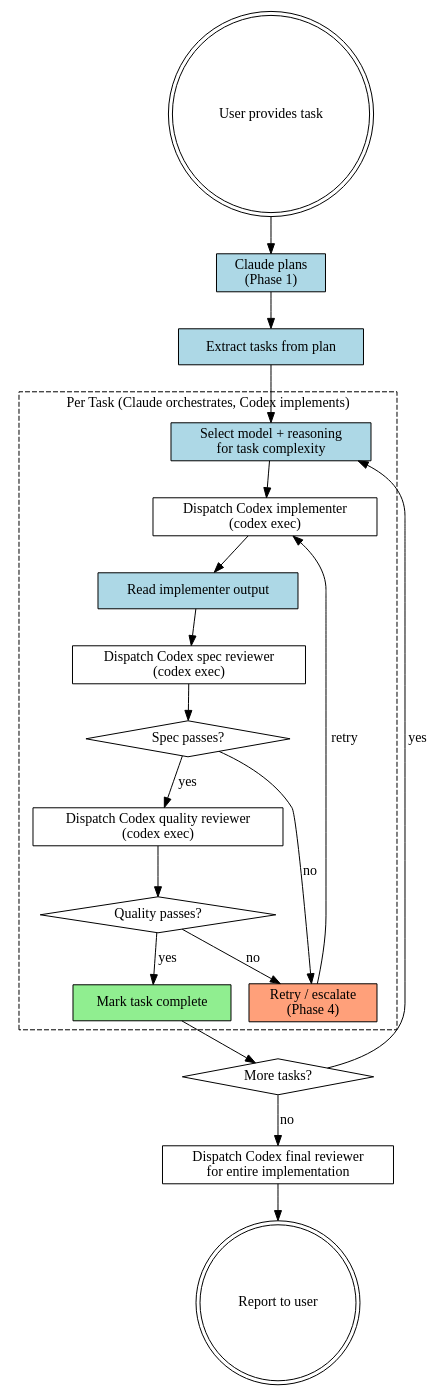
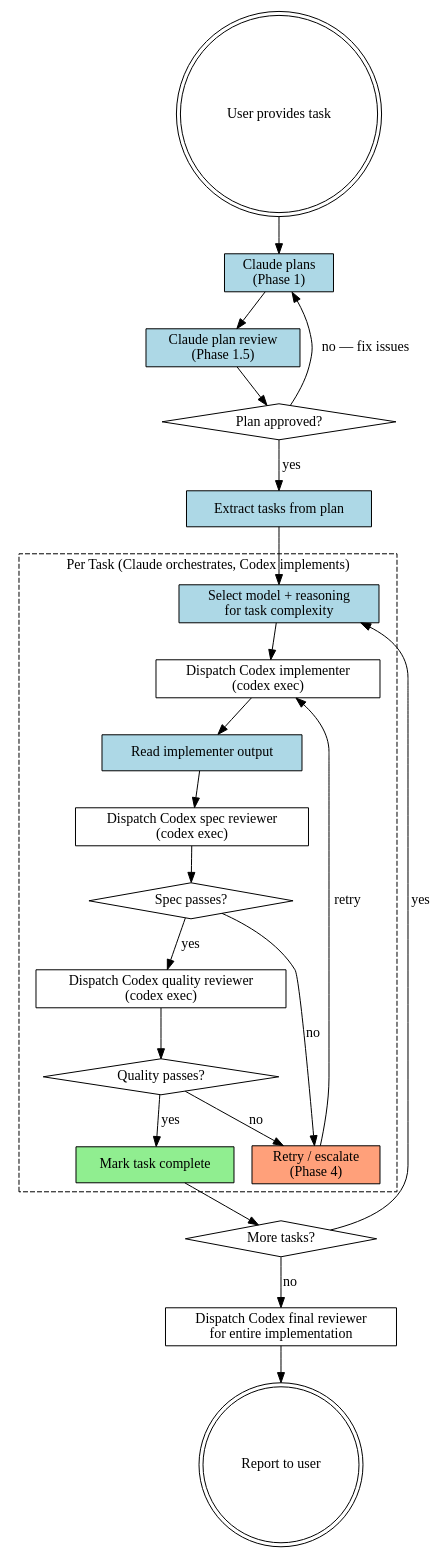
The fourth of 4 diagrams in plugins/codex-driven-development/skills/codex-driven-development/SKILL.md (tarundevi/codex-driven-development), drawn with Graphviz before and after one commit. The commit also changed other lines of this file, not shown here.

Commit message:
feat: add plan review phase and configurable agent assignment

````diff
--- a/plugins/codex-driven-development/skills/codex-driven-development/SKILL.md
+++ b/plugins/codex-driven-development/skills/codex-driven-development/SKILL.md
@@ -368,46 +485,52 @@
 ```dot
 digraph full_process {
     rankdir=TB;
 
     "User provides task" [shape=doublecircle];
     "Claude plans\n(Phase 1)" [shape=box style=filled fillcolor=lightblue];
     "Extract tasks from plan" [shape=box style=filled fillcolor=lightblue];
 
     subgraph cluster_per_task {
         label="Per Task (Claude orchestrates, Codex implements)";
         style=dashed;
 
         "Select model + reasoning\nfor task complexity" [shape=box style=filled fillcolor=lightblue];
         "Dispatch Codex implementer\n(codex exec)" [shape=box];
         "Read implementer output" [shape=box style=filled fillcolor=lightblue];
         "Dispatch Codex spec reviewer\n(codex exec)" [shape=box];
         "Spec passes?" [shape=diamond];
         "Dispatch Codex quality reviewer\n(codex exec)" [shape=box];
         "Quality passes?" [shape=diamond];
         "Retry / escalate\n(Phase 4)" [shape=box style=filled fillcolor=lightsalmon];
         "Mark task complete" [shape=box style=filled fillcolor=lightgreen];
     }
 
     "More tasks?" [shape=diamond];
     "Dispatch Codex final reviewer\nfor entire implementation" [shape=box];
     "Report to user" [shape=doublecircle];
 
+    "Claude plan review\n(Phase 1.5)" [shape=box style=filled fillcolor=lightblue];
+    "Plan approved?" [shape=diamond];
+
     "User provides task" -> "Claude plans\n(Phase 1)";
-    "Claude plans\n(Phase 1)" -> "Extract tasks from plan";
+    "Claude plans\n(Phase 1)" -> "Claude plan review\n(Phase 1.5)";
+    "Claude plan review\n(Phase 1.5)" -> "Plan approved?";
+    "Plan approved?" -> "Extract tasks from plan" [label="yes"];
+    "Plan approved?" -> "Claude plans\n(Phase 1)" [label="no — fix issues"];
     "Extract tasks from plan" -> "Select model + reasoning\nfor task complexity";
     "Select model + reasoning\nfor task complexity" -> "Dispatch Codex implementer\n(codex exec)";
     "Dispatch Codex implementer\n(codex exec)" -> "Read implementer output";
     "Read implementer output" -> "Dispatch Codex spec reviewer\n(codex exec)";
     "Dispatch Codex spec reviewer\n(codex exec)" -> "Spec passes?";
     "Spec passes?" -> "Dispatch Codex quality reviewer\n(codex exec)" [label="yes"];
     "Spec passes?" -> "Retry / escalate\n(Phase 4)" [label="no"];
     "Dispatch Codex quality reviewer\n(codex exec)" -> "Quality passes?";
     "Quality passes?" -> "Mark task complete" [label="yes"];
     "Quality passes?" -> "Retry / escalate\n(Phase 4)" [label="no"];
     "Retry / escalate\n(Phase 4)" -> "Dispatch Codex implementer\n(codex exec)" [label="retry"];
     "Mark task complete" -> "More tasks?";
     "More tasks?" -> "Select model + reasoning\nfor task complexity" [label="yes"];
     "More tasks?" -> "Dispatch Codex final reviewer\nfor entire implementation" [label="no"];
     "Dispatch Codex final reviewer\nfor entire implementation" -> "Report to user";
 }
 ```
````
